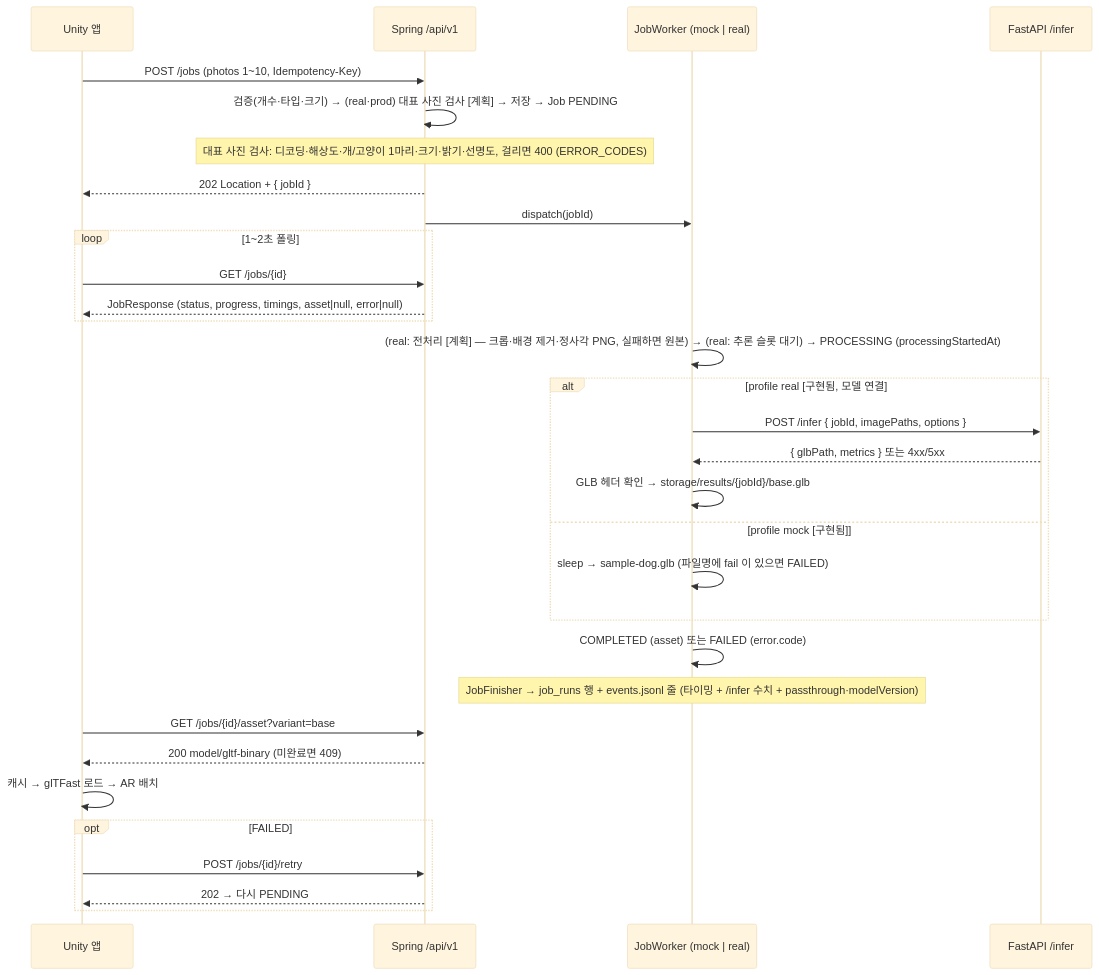
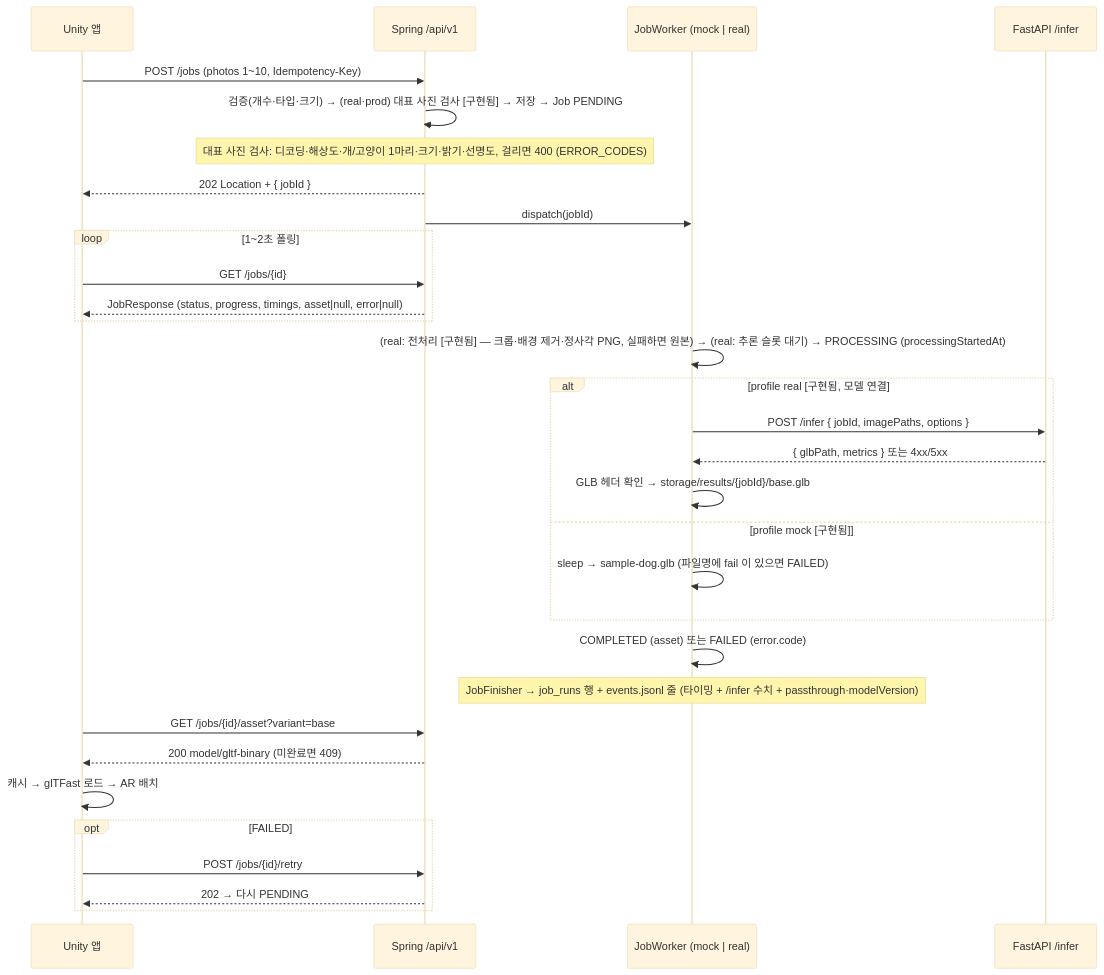
The second of 3 diagrams in docs/ARCHITECTURE.md (minwoo3717/Beside), drawn with Mermaid (base theme) before and after one commit. The commit also changed other lines of this file and 4 other files, not shown here.

Commit message:
[Backend] 문서: 대표 사진 검사·전처리·측정 5개의 상태를 [구현됨](2026-11-05)으로 — ERROR_CODES·CONTRACT §3·§5·METRICS·ARCHITECTURE·CHANGELOG(둘째 기준 0.40 포함), 첫 측정 기록 링크, VM 수치는 [계획] 으로 남김 — 코드·테스트가 들어온 뒤에도 문서가 [계획]으로 남아 있지 않게

````diff
--- a/docs/ARCHITECTURE.md
+++ b/docs/ARCHITECTURE.md
@@ -39,33 +39,33 @@
 ```mermaid
 sequenceDiagram
     participant App as Unity 앱
     participant API as Spring /api/v1
     participant W as JobWorker (mock | real)
     participant Py as FastAPI /infer
     App->>API: POST /jobs (photos 1~10, Idempotency-Key)
-    API->>API: 검증(개수·타입·크기) → (real·prod) 대표 사진 검사 [계획] → 저장 → Job PENDING
+    API->>API: 검증(개수·타입·크기) → (real·prod) 대표 사진 검사 [구현됨] → 저장 → Job PENDING
     Note over API: 대표 사진 검사: 디코딩·해상도·개/고양이 1마리·크기·밝기·선명도, 걸리면 400 (ERROR_CODES)
     API-->>App: 202 Location + { jobId }
     API->>W: dispatch(jobId)
     loop 1~2초 폴링
         App->>API: GET /jobs/{id}
         API-->>App: JobResponse (status, progress, timings, asset|null, error|null)
     end
-    W->>W: (real: 전처리 [계획] — 크롭·배경 제거·정사각 PNG, 실패하면 원본) → (real: 추론 슬롯 대기) → PROCESSING (processingStartedAt)
+    W->>W: (real: 전처리 [구현됨] — 크롭·배경 제거·정사각 PNG, 실패하면 원본) → (real: 추론 슬롯 대기) → PROCESSING (processingStartedAt)
     alt profile real [구현됨, 모델 연결 #1 — 실측 전]
         W->>Py: POST /infer { jobId, imagePaths, options }
         Py-->>W: { glbPath, metrics } 또는 4xx/5xx
         W->>W: GLB 헤더 확인 → storage/results/{jobId}/base.glb
     else profile mock [구현됨]
         W->>W: sleep → sample-dog.glb (파일명에 fail 이 있으면 FAILED)
     end
     W->>W: COMPLETED (asset) 또는 FAILED (error.code)
     Note over W: JobFinisher → job_runs 행 + events.jsonl 줄 (타이밍 + /infer 수치 + passthrough·modelVersion)
     App->>API: GET /jobs/{id}/asset?variant=base
     API-->>App: 200 model/gltf-binary (미완료면 409)
     App->>App: 캐시 → glTFast 로드 → AR 배치
     opt FAILED
         App->>API: POST /jobs/{id}/retry
         API-->>App: 202 → 다시 PENDING
     end
 ```
````
